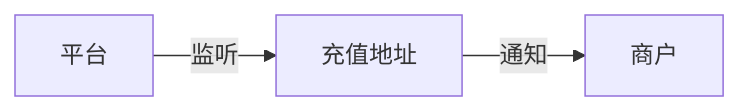
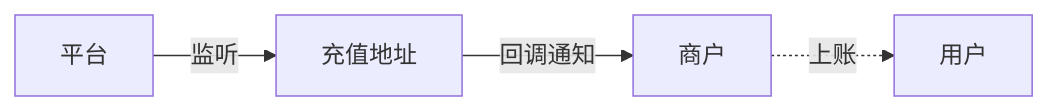
One commit to pbhaoo/docs changed the second of 6 diagrams in user-guide/overview/functional-mechanism.mdx. Above: the diagram before and after it, drawn with Mermaid. The commit also changed other lines of this file and 7 other files, not shown here.

````diff
--- a/user-guide/overview/functional-mechanism.mdx
+++ b/user-guide/overview/functional-mechanism.mdx
@@ -22,5 +22,5 @@
 ```mermaid
     flowchart LR
-       平台 -->|监听| 充值地址-->|通知| 商户
+       平台 -->|监听| 充值地址-->|回调通知| 商户 -.->|上账| 用户
 
 ```
````
